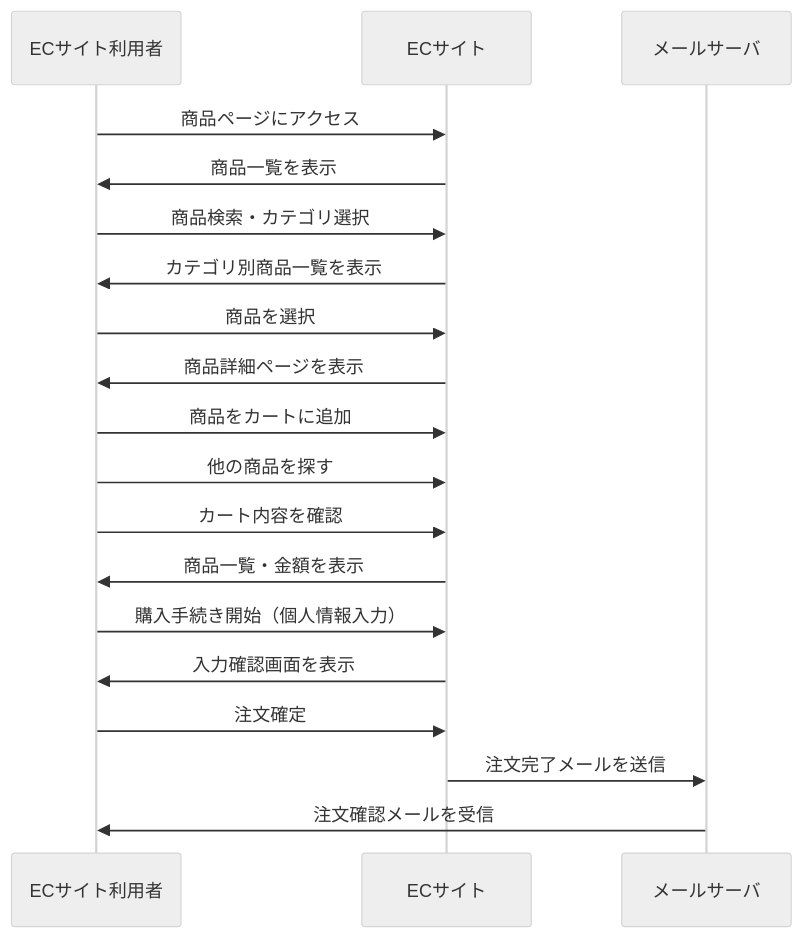
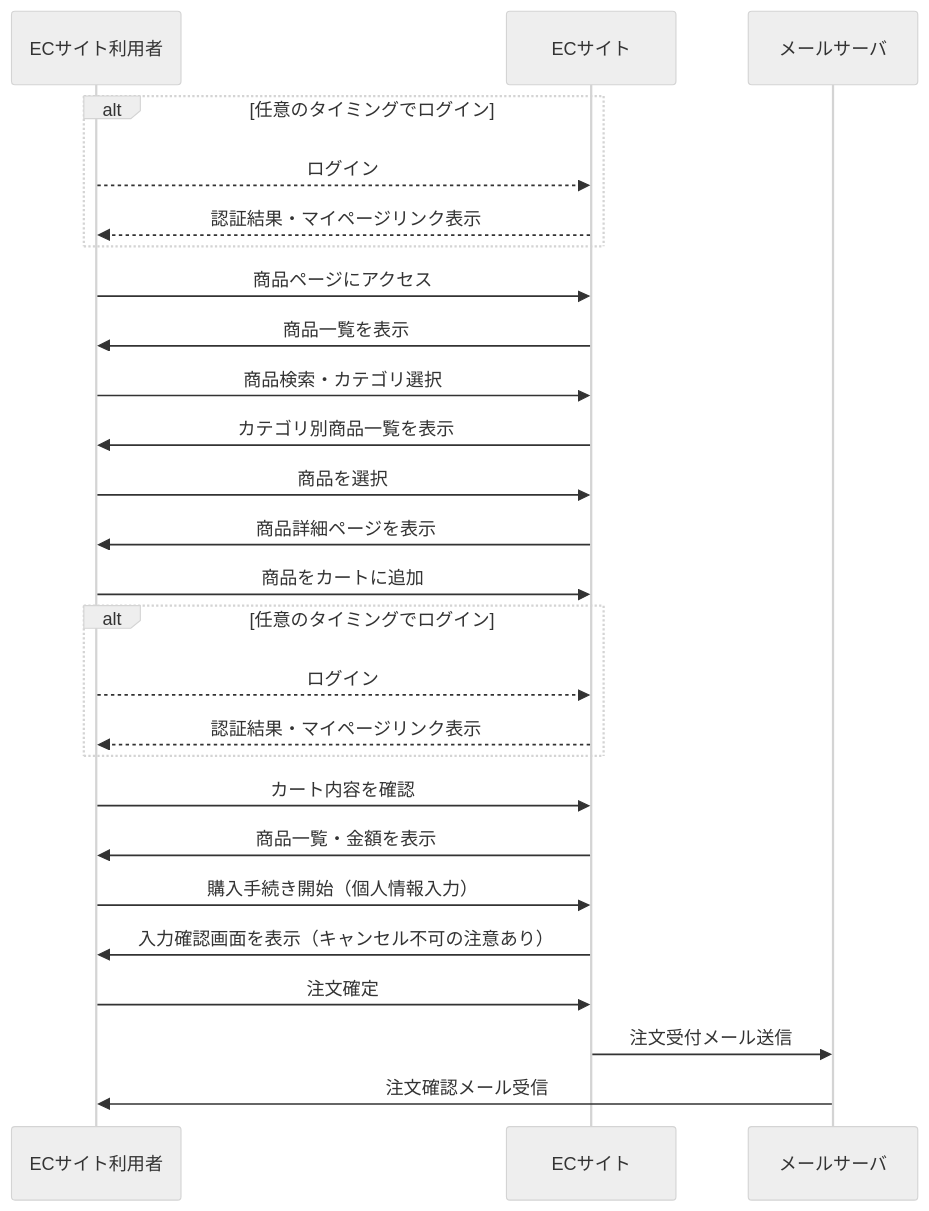
Before and after one commit to YUKlT0/Equipe: the second of 3 diagrams in 基本設計/B.md, drawn with Mermaid (neutral theme). The commit also changed other lines of this file, not shown here.

Commit message:
変更

```diff
--- a/基本設計/B.md
+++ b/基本設計/B.md
@@ -95,28 +95,37 @@
 <div class="mermaid">
 sequenceDiagram
 participant ユーザー as ECサイト利用者
 participant サイト as ECサイト
 participant メール as メールサーバ
+
+alt 任意のタイミングでログイン
+    ユーザー -->> サイト: ログイン
+    サイト -->> ユーザー: 認証結果・マイページリンク表示
+end
 
 ユーザー ->> サイト: 商品ページにアクセス
 サイト ->> ユーザー: 商品一覧を表示
 
 ユーザー ->> サイト: 商品検索・カテゴリ選択
 サイト ->> ユーザー: カテゴリ別商品一覧を表示
 
 ユーザー ->> サイト: 商品を選択
 サイト ->> ユーザー: 商品詳細ページを表示
 ユーザー ->> サイト: 商品をカートに追加
 
-ユーザー ->> サイト: 他の商品を探す
-
+alt 任意のタイミングでログイン
+    ユーザー -->> サイト: ログイン
+    サイト -->> ユーザー: 認証結果・マイページリンク表示
+end
 
 ユーザー ->> サイト: カート内容を確認
 サイト ->> ユーザー: 商品一覧・金額を表示
 
 ユーザー ->> サイト: 購入手続き開始（個人情報入力）
-サイト ->> ユーザー: 入力確認画面を表示
+サイト ->> ユーザー: 入力確認画面を表示（キャンセル不可の注意あり）
 ユーザー ->> サイト: 注文確定
-サイト ->> メール: 注文完了メールを送信
-メール ->> ユーザー: 注文確認メールを受信
+
+サイト ->> メール: 注文受付メール送信
+メール ->> ユーザー: 注文確認メール受信
+
 </div>
```
